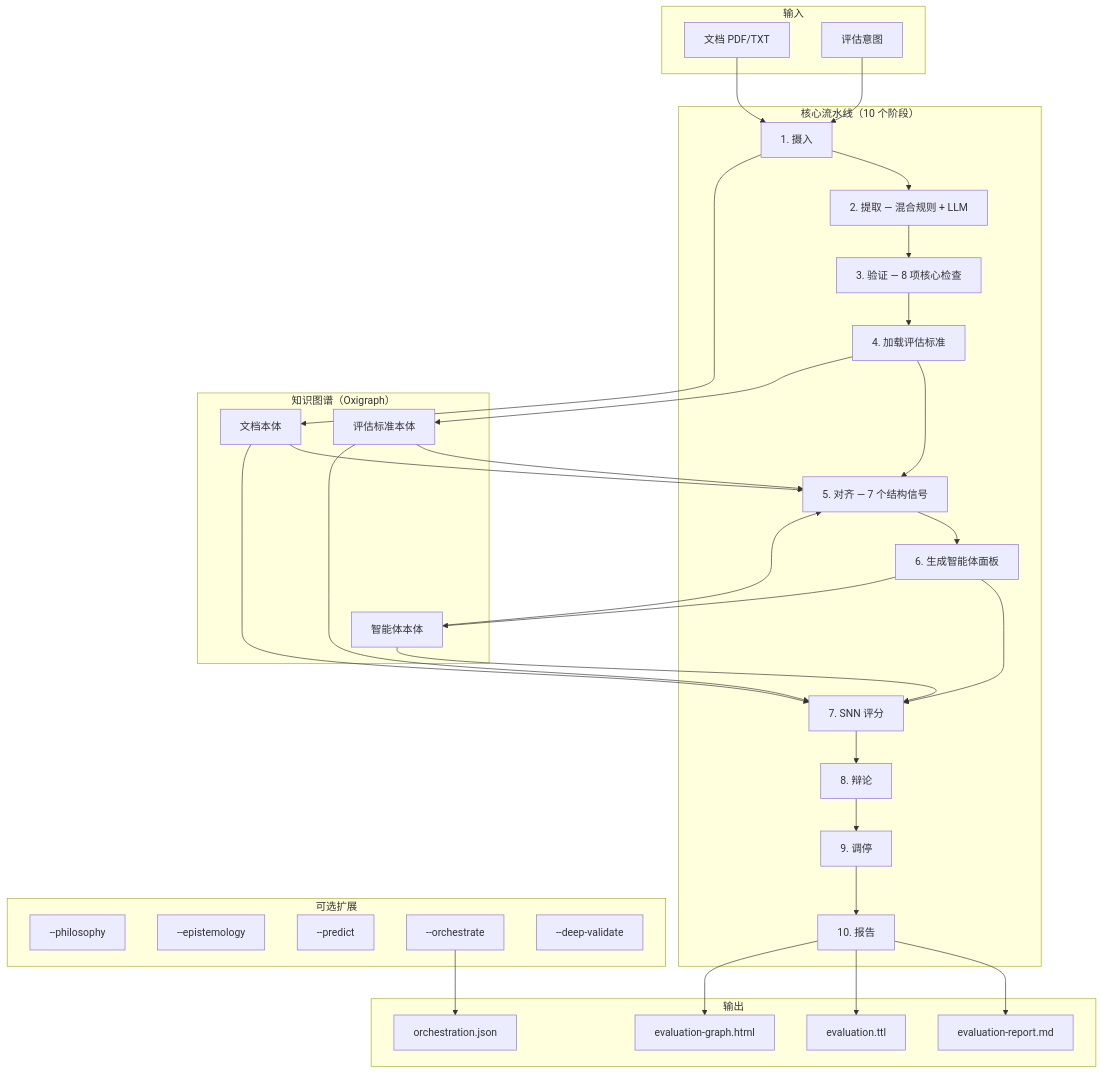
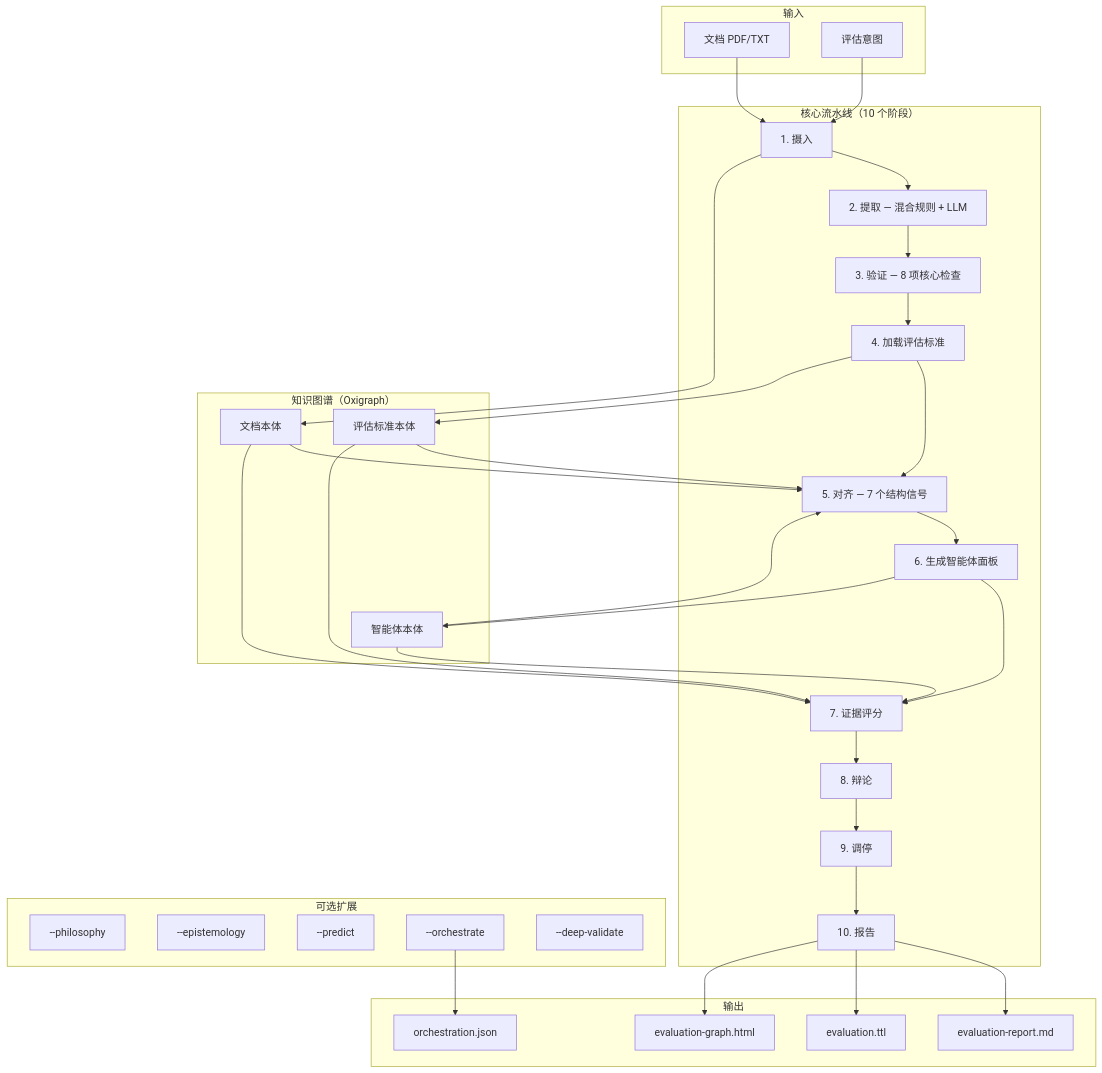
The first of 4 diagrams in README-CN.md (fabio-rovai/brain-in-the-fish), drawn with Mermaid before and after one commit. The commit also changed other lines of this file and 3 other files, not shown here.

````diff
--- a/README-CN.md
+++ b/README-CN.md
@@ -103,52 +105,52 @@
 ```mermaid
 graph TB
     subgraph 输入
         DOC[文档 PDF/TXT]
         INT[评估意图]
     end
 
     subgraph "核心流水线（10 个阶段）"
         ING[1. 摄入]
         EXT[2. 提取 — 混合规则 + LLM]
         VAL[3. 验证 — 8 项核心检查]
         CRI[4. 加载评估标准]
         ALI[5. 对齐 — 7 个结构信号]
         SPA[6. 生成智能体面板]
-        SNN_S[7. SNN 评分]
+        SNN_S[7. 证据评分]
         DEB[8. 辩论]
         MOD[9. 调停]
         REP[10. 报告]
     end
 
     subgraph "可选扩展"
         PHI[--philosophy]
         EPI[--epistemology]
         PRE[--predict]
         ORC[--orchestrate]
         DEP[--deep-validate]
     end
 
     subgraph "知识图谱（Oxigraph）"
         DO[文档本体]
         CO[评估标准本体]
         AO[智能体本体]
     end
 
     subgraph 输出
         MD[evaluation-report.md]
         TTL[evaluation.ttl]
         HTML[evaluation-graph.html]
         JSON[orchestration.json]
     end
 
     DOC --> ING
     INT --> ING
     ING --> EXT --> VAL --> CRI --> ALI --> SPA --> SNN_S --> DEB --> MOD --> REP
     ING --> DO
     CRI --> CO
     SPA --> AO
     DO & CO & AO --> ALI
     DO & CO & AO --> SNN_S
     REP --> MD & TTL & HTML
     ORC --> JSON
 ```
````
